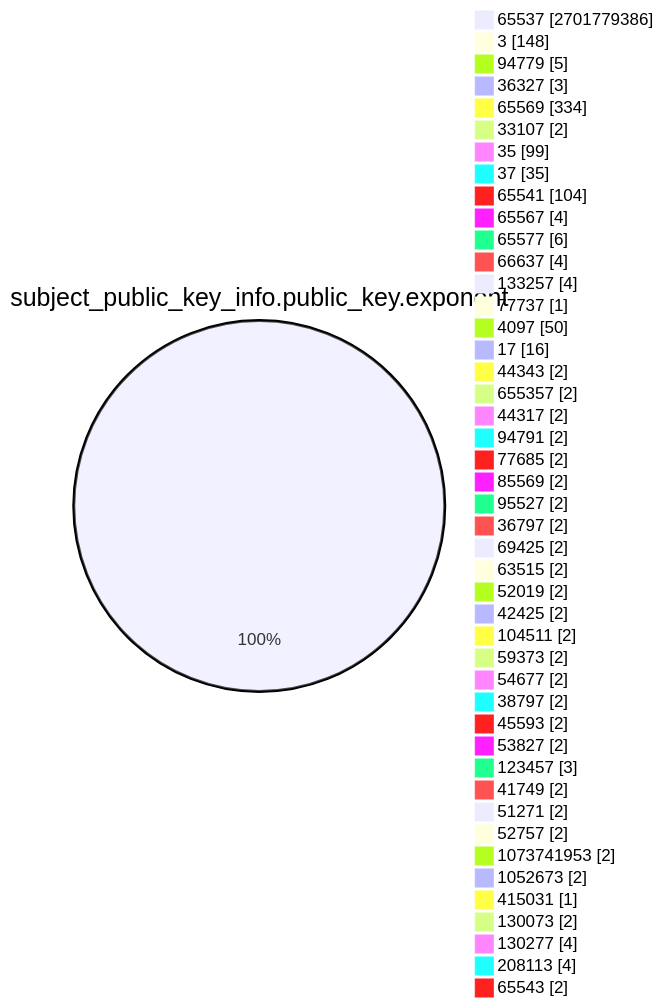
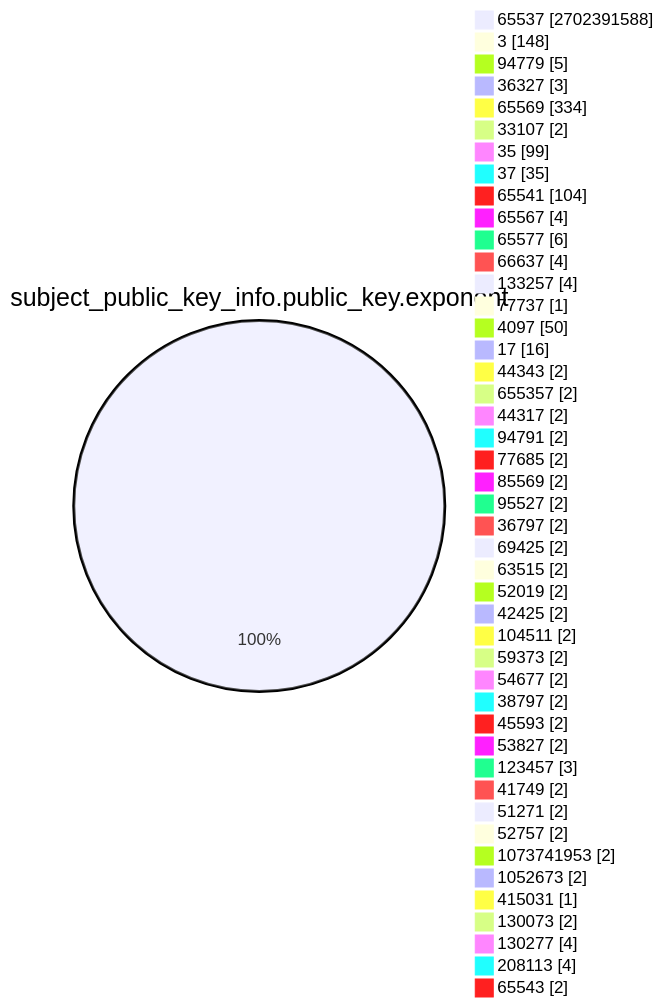
One commit to christiankrug/ctmonitor_visualization changed the fourth of 15 diagrams in TOTAL/README.md. Above: the diagram before and after it, drawn with Mermaid. The commit also changed other lines of this file, not shown here.

````diff
--- a/TOTAL/README.md
+++ b/TOTAL/README.md
@@ -1467,49 +1467,49 @@
 ```mermaid
 pie showData
 title subject_public_key_info.public_key.exponent
-"65537" :2701779386
+"65537" :2702391588
 "3" :148
 "94779" :5
 "36327" :3
 "65569" :334
 "33107" :2
 "35" :99
 "37" :35
 "65541" :104
 "65567" :4
 "65577" :6
 "66637" :4
 "133257" :4
 "77737" :1
 "4097" :50
 "17" :16
 "44343" :2
 "655357" :2
 "44317" :2
 "94791" :2
 "77685" :2
 "85569" :2
 "95527" :2
 "36797" :2
 "69425" :2
 "63515" :2
 "52019" :2
 "42425" :2
 "104511" :2
 "59373" :2
 "54677" :2
 "38797" :2
 "45593" :2
 "53827" :2
 "123457" :3
 "41749" :2
 "51271" :2
 "52757" :2
 "1073741953" :2
 "1052673" :2
 "415031" :1
 "130073" :2
 "130277" :4
 "208113" :4
 "65543" :2
 ```
````
